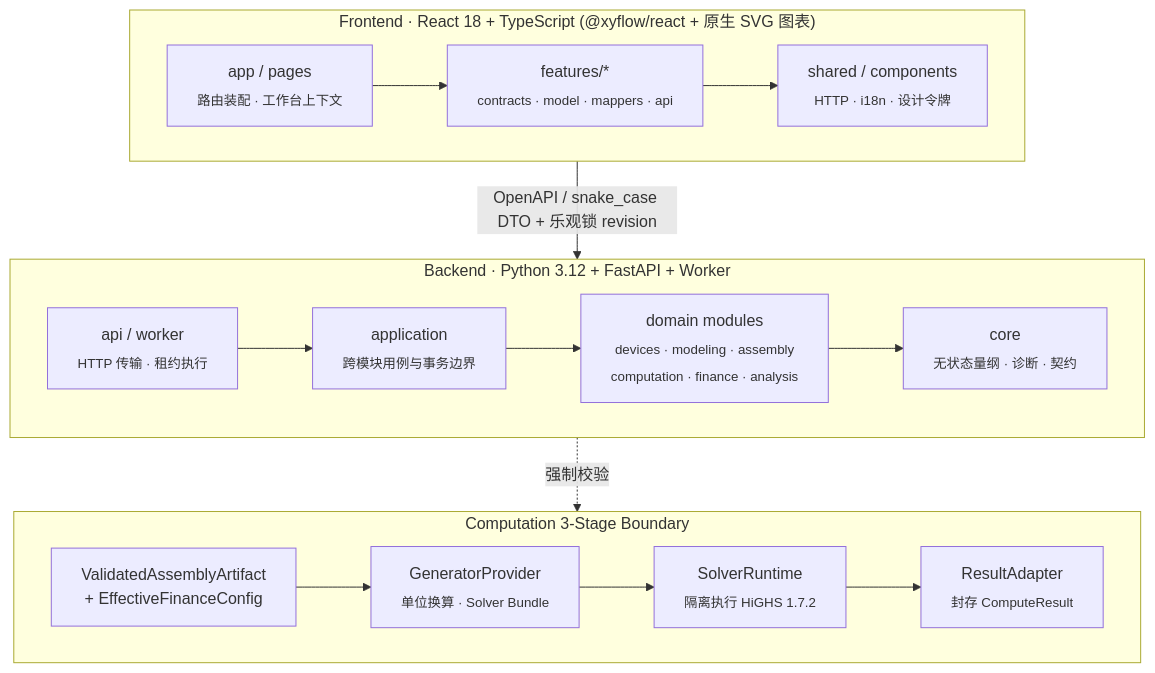
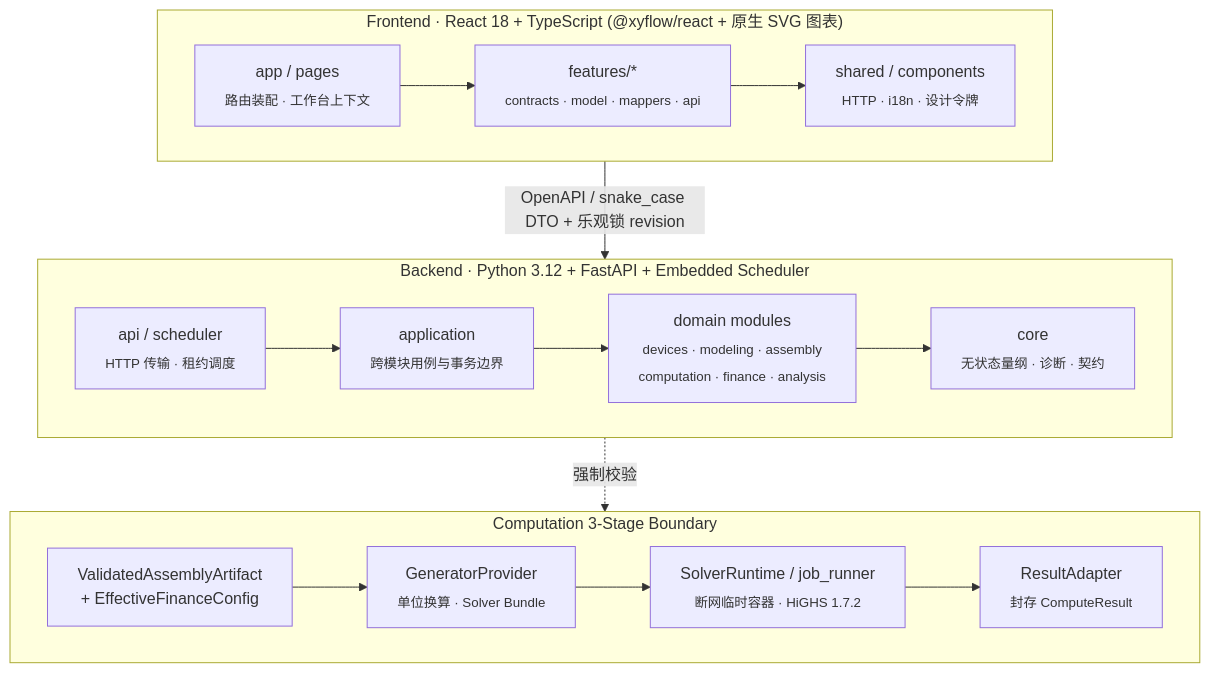
Before and after one commit to ThermalEng/pIES: the diagram in README.md, drawn with Mermaid. The commit also changed other lines of this file and 5 other files, not shown here.

````diff
--- a/README.md
+++ b/README.md
@@ -98,20 +98,20 @@
 ```mermaid
 flowchart TB
     subgraph FE["Frontend · React 18 + TypeScript (@xyflow/react + 原生 SVG 图表)"]
         direction LR
         Pages["app / pages<br/><sub>路由装配 · 工作台上下文</sub>"] --> Features["features/*<br/><sub>contracts · model · mappers · api</sub>"] --> Shared["shared / components<br/><sub>HTTP · i18n · 设计令牌</sub>"]
     end
 
-    subgraph BE["Backend · Python 3.12 + FastAPI + Worker"]
+    subgraph BE["Backend · Python 3.12 + FastAPI + Embedded Scheduler"]
         direction LR
-        API["api / worker<br/><sub>HTTP 传输 · 租约执行</sub>"] --> App["application<br/><sub>跨模块用例与事务边界</sub>"] --> Domain["domain modules<br/><sub>devices · modeling · assembly<br/>computation · finance · analysis</sub>"] --> Core["core<br/><sub>无状态量纲 · 诊断 · 契约</sub>"]
+        API["api / scheduler<br/><sub>HTTP 传输 · 租约调度</sub>"] --> App["application<br/><sub>跨模块用例与事务边界</sub>"] --> Domain["domain modules<br/><sub>devices · modeling · assembly<br/>computation · finance · analysis</sub>"] --> Core["core<br/><sub>无状态量纲 · 诊断 · 契约</sub>"]
     end
 
     subgraph Pipe["Computation 3-Stage Boundary"]
         direction LR
-        Art["ValidatedAssemblyArtifact<br/>+ EffectiveFinanceConfig"] --> Gen["GeneratorProvider<br/><sub>单位换算 · Solver Bundle</sub>"] --> Run["SolverRuntime<br/><sub>隔离执行 HiGHS 1.7.2</sub>"] --> Adp["ResultAdapter<br/><sub>封存 ComputeResult</sub>"]
+        Art["ValidatedAssemblyArtifact<br/>+ EffectiveFinanceConfig"] --> Gen["GeneratorProvider<br/><sub>单位换算 · Solver Bundle</sub>"] --> Run["SolverRuntime / job_runner<br/><sub>断网临时容器 · HiGHS 1.7.2</sub>"] --> Adp["ResultAdapter<br/><sub>封存 ComputeResult</sub>"]
     end
 
     FE -- "OpenAPI / snake_case DTO + 乐观锁 revision" --> API
     Domain -. "强制校验" .-> Pipe
 ```
````
